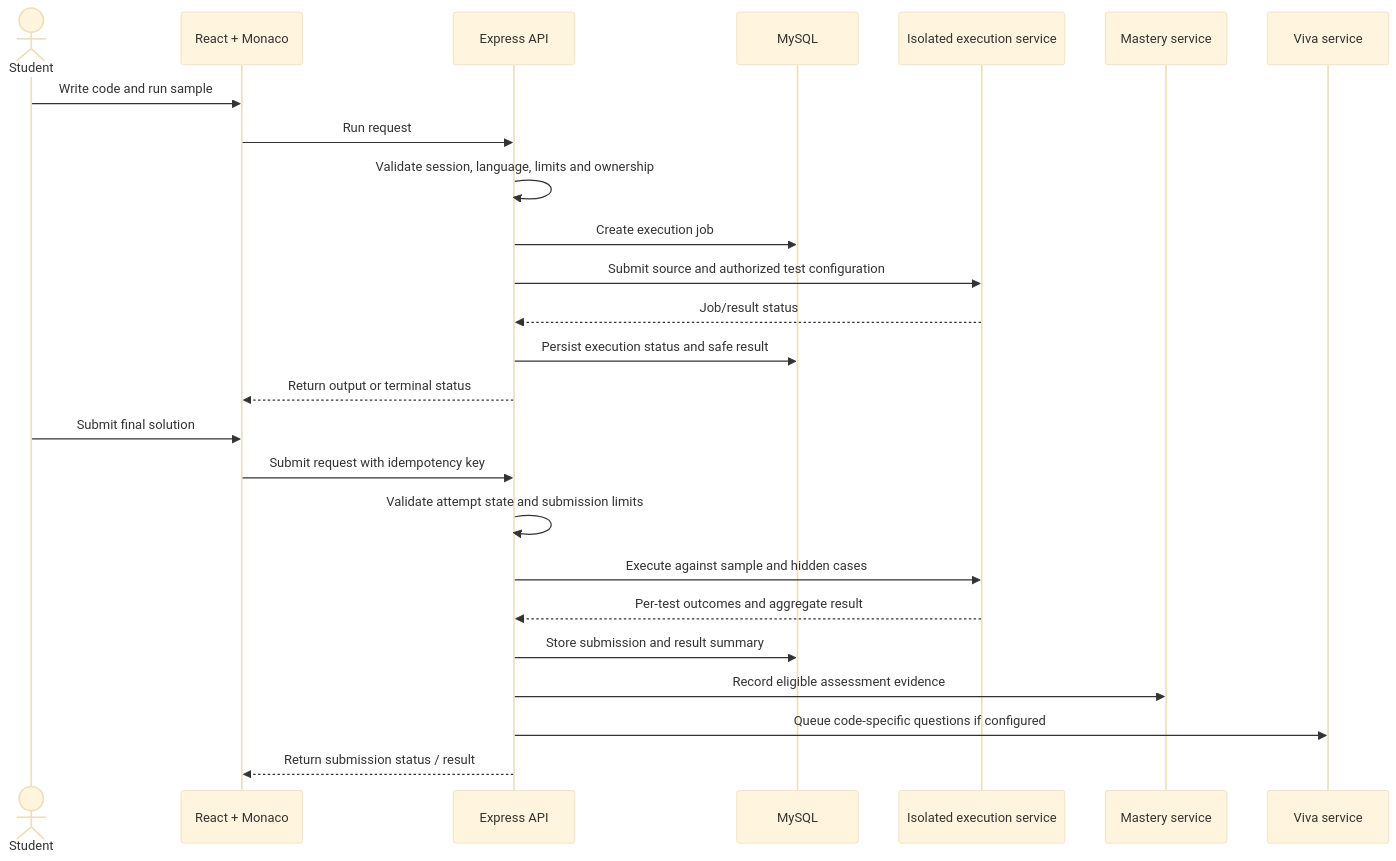
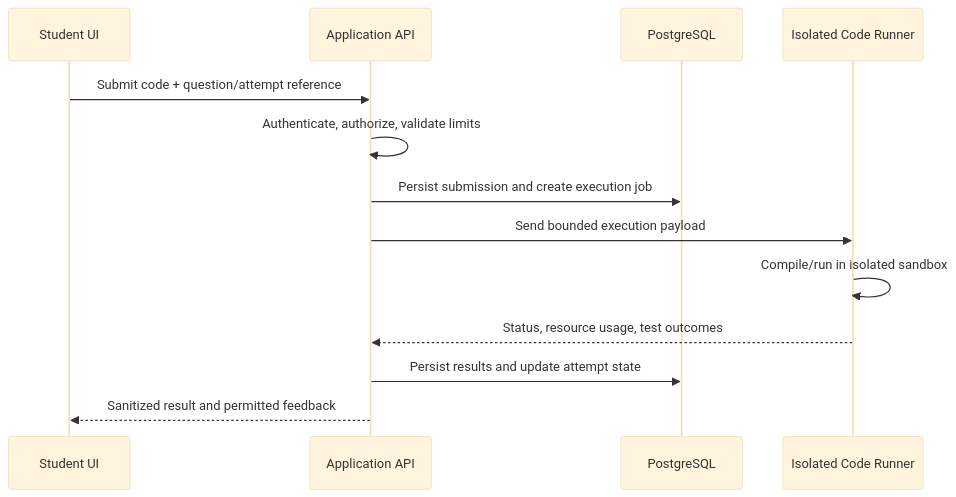
Before and after one commit to adi7406/kurukshetra: the third of 4 diagrams in docs/Architecture.md, drawn with Mermaid (base theme). The commit also changed other lines of this file and 5 other files, not shown here.

````diff
--- a/docs/Architecture.md
+++ b/docs/Architecture.md
@@ -232,28 +252,15 @@
 ```mermaid
 sequenceDiagram
-    actor Student
-    participant UI as React + Monaco
-    participant API as Express API
-    participant DB as MySQL
-    participant Exec as Isolated execution service
-    participant Mastery as Mastery service
-    participant Viva as Viva service
-
-    Student->>UI: Write code and run sample
-    UI->>API: Run request
-    API->>API: Validate session, language, limits and ownership
-    API->>DB: Create execution job
-    API->>Exec: Submit source and authorized test configuration
-    Exec-->>API: Job/result status
-    API->>DB: Persist execution status and safe result
-    API-->>UI: Return output or terminal status
-    Student->>UI: Submit final solution
-    UI->>API: Submit request with idempotency key
-    API->>API: Validate attempt state and submission limits
-    API->>Exec: Execute against sample and hidden cases
-    Exec-->>API: Per-test outcomes and aggregate result
-    API->>DB: Store submission and result summary
-    API->>Mastery: Record eligible assessment evidence
-    API->>Viva: Queue code-specific questions if configured
-    API-->>UI: Return submission status / result
+    participant UI as Student UI
+    participant API as Application API
+    participant DB as PostgreSQL
+    participant RUN as Isolated Code Runner
+    UI->>API: Submit code + question/attempt reference
+    API->>API: Authenticate, authorize, validate limits
+    API->>DB: Persist submission and create execution job
+    API->>RUN: Send bounded execution payload
+    RUN->>RUN: Compile/run in isolated sandbox
+    RUN-->>API: Status, resource usage, test outcomes
+    API->>DB: Persist results and update attempt state
+    API-->>UI: Sanitized result and permitted feedback
 ```
````
